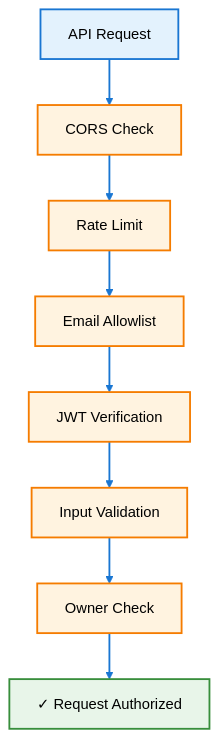
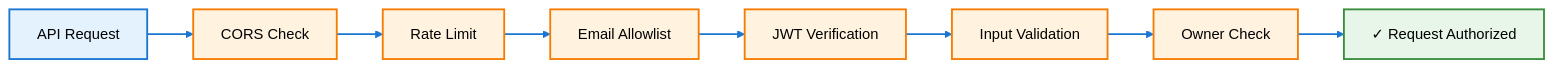
One commit to evanalulu/vibe8-docs changed the eighth of 12 diagrams in diagrams.md. Above: the diagram before and after it, drawn with Mermaid. The commit also changed other lines of this file, not shown here.

First line of the commit message:
Update diagram colors and layouts for visual consistency

````diff
--- a/diagrams.md
+++ b/diagrams.md
@@ -435,31 +421,31 @@
 ```mermaid
 %%{init: {'theme':'base', 'themeVariables': { 'primaryColor':'#E3F2FD','primaryTextColor':'#000','primaryBorderColor':'#1976D2','lineColor':'#1976D2','secondaryColor':'#FFF3E0','tertiaryColor':'#F1F8E9','edgeLabelBackground':'#ffffff','clusterBkg':'#ffffff','clusterBorder':'#1976D2','titleColor':'#000'}}}%%
-flowchart TB
+flowchart LR
    A["API Request"]
    B["CORS Check"]
    C["Rate Limit"]
    D["Email Allowlist"]
    E["JWT Verification"]
    F["Input Validation"]
    G["Owner Check"]
    H["✓ Request Authorized"]
 
    A --> B
    B --> C
    C --> D
    D --> E
    E --> F
    F --> G
    G --> H
 
    style A fill:#E3F2FD,stroke:#1976D2,stroke-width:2px,color:#000
    style B fill:#FFF3E0,stroke:#F57C00,stroke-width:2px,color:#000
    style C fill:#FFF3E0,stroke:#F57C00,stroke-width:2px,color:#000
    style D fill:#FFF3E0,stroke:#F57C00,stroke-width:2px,color:#000
    style E fill:#FFF3E0,stroke:#F57C00,stroke-width:2px,color:#000
    style F fill:#FFF3E0,stroke:#F57C00,stroke-width:2px,color:#000
    style G fill:#FFF3E0,stroke:#F57C00,stroke-width:2px,color:#000
    style H fill:#E8F5E9,stroke:#388E3C,stroke-width:2px,color:#000
 
    linkStyle default stroke:#1976D2,stroke-width:2px
 ```
````
